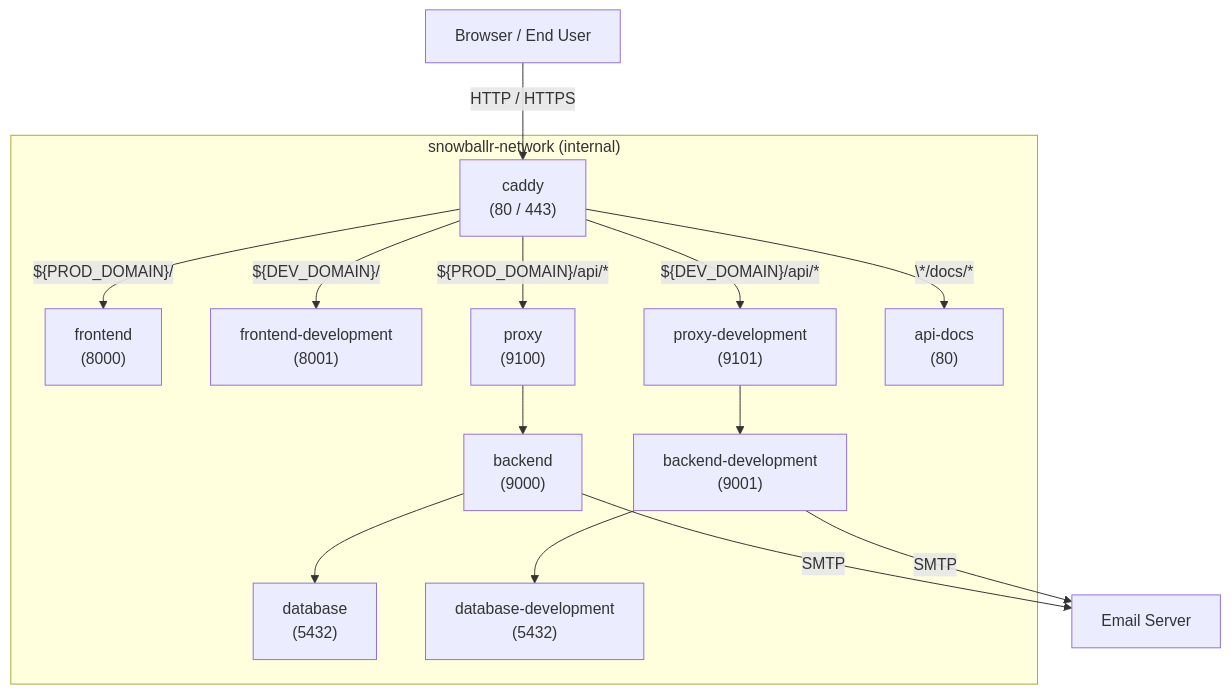
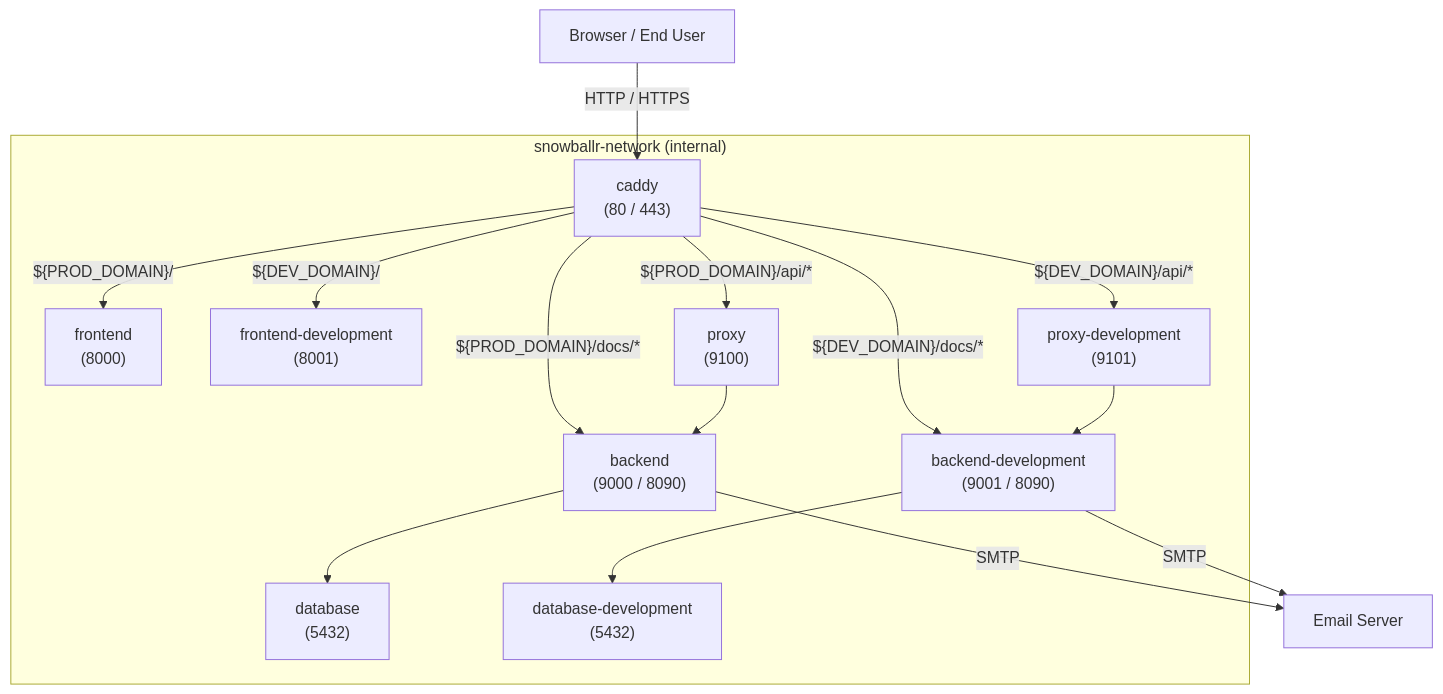
The diagram in wiki/Contributing.md (SE-UUlm/snowballr), drawn with Mermaid before and after one commit. The commit also changed other lines of this file and 5 other files, not shown here.

Commit message:
feat: routes docs/ to backend api docs endpoint

````diff
--- a/wiki/Contributing.md
+++ b/wiki/Contributing.md
@@ -124,39 +128,39 @@
 ```mermaid
 flowchart TB
     %% Clients
     Client[Browser / End User]
 
     %% Networks
     subgraph SN["snowballr-network (internal)"]
         Caddy["caddy<br/>(80 / 443)"]
         Frontend["frontend<br/>(8000)"]
         FrontendDev["frontend-development<br/>(8001)"]
         Proxy["proxy<br/>(9100)"]
-        Backend["backend<br/>(9000)"]
+        Backend["backend<br/>(9000 / 8090)"]
         Database["database<br/>(5432)"]
         ProxyDev["proxy-development<br/>(9101)"]
-        BackendDev["backend-development<br/>(9001)"]
+        BackendDev["backend-development<br/>(9001 / 8090)"]
         DatabaseDev["database-development<br/>(5432)"]
-        ApiDocs["api-docs<br/>(80)"]
     end
 
     Mail[Email Server]
 
     %% Connections inside snowballr-network
     Caddy -->|"${PROD_DOMAIN}/"| Frontend
     Caddy -->|"${DEV_DOMAIN}/"| FrontendDev
     Caddy -->|"${PROD_DOMAIN}/api/*"| Proxy
     Caddy -->|"${DEV_DOMAIN}/api/*"| ProxyDev
-    Caddy -->|"\*/docs/*"| ApiDocs
+    Caddy -->|"${PROD_DOMAIN}/docs/*"| Backend
+    Caddy -->|"${DEV_DOMAIN}/docs/*"| BackendDev
 
     Proxy --> Backend
     Backend --> Database
 
     ProxyDev --> BackendDev
     BackendDev --> DatabaseDev
 
     %% External communications
     Client -->|HTTP / HTTPS| Caddy
     Backend -->|SMTP| Mail
     BackendDev -->|SMTP| Mail
 ```
````
